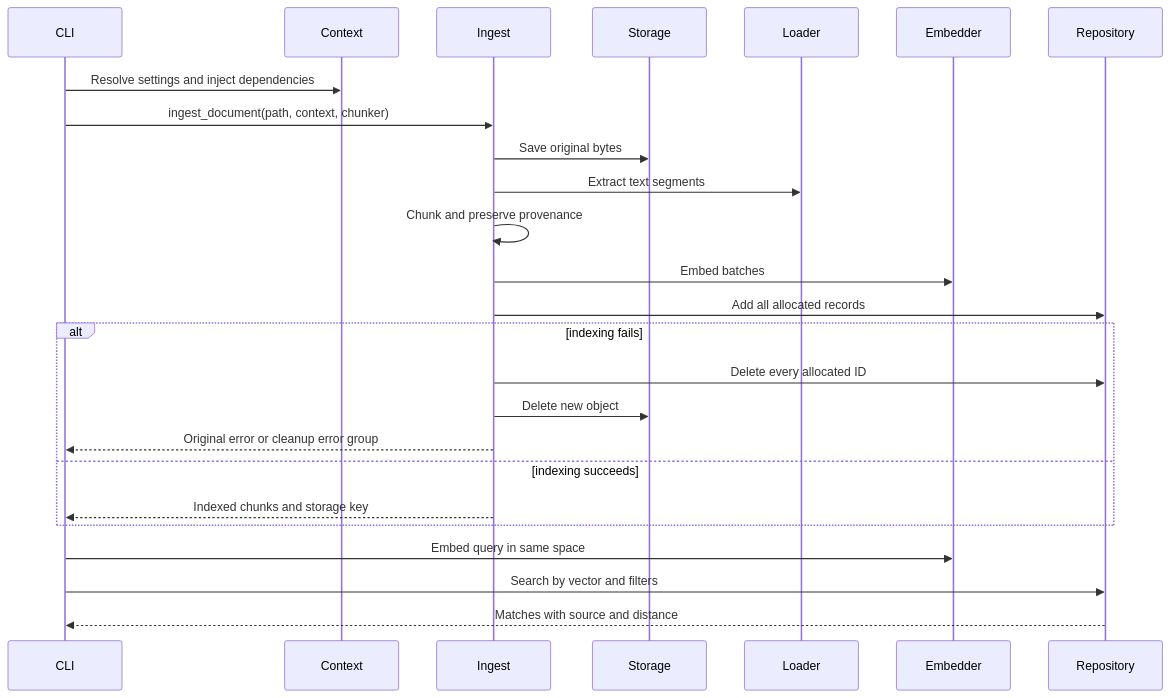
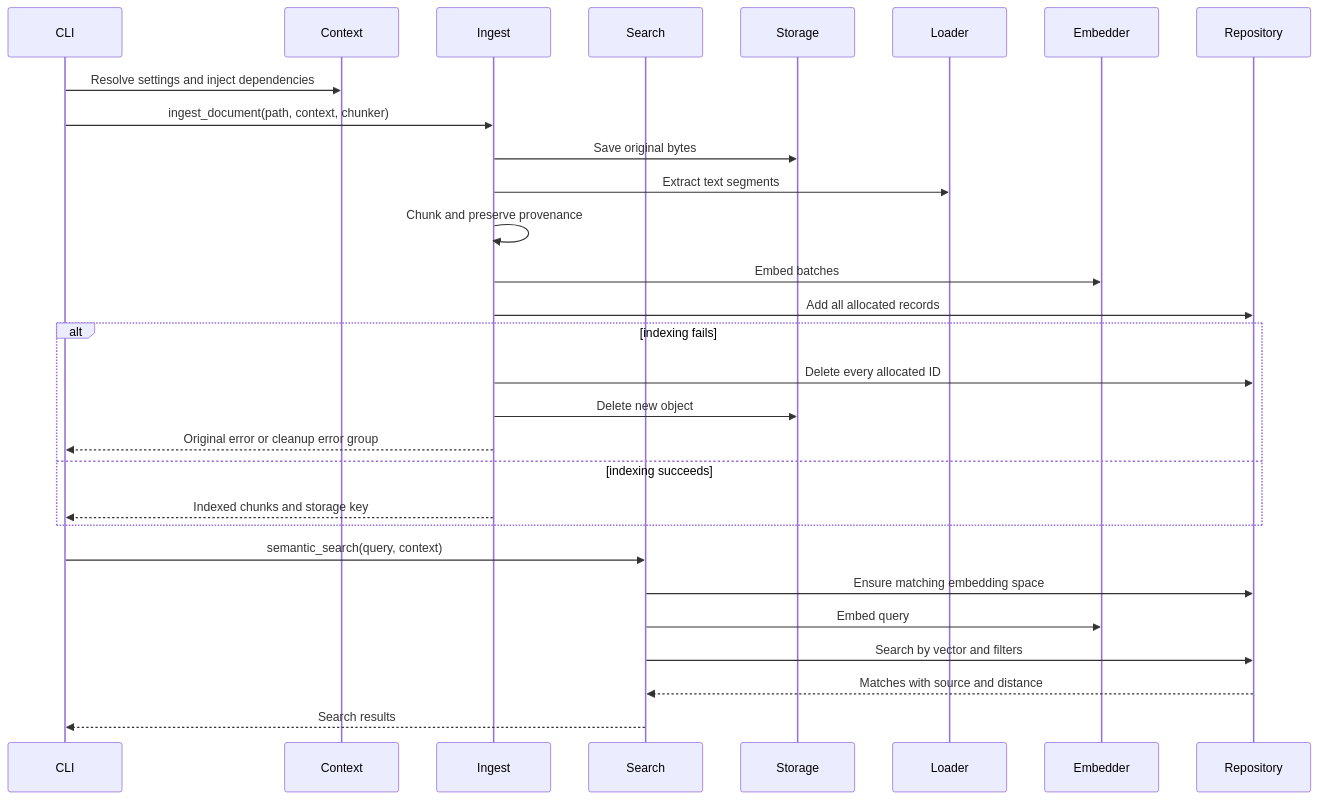
One commit to ralampay/rypiq changed the second of 2 diagrams in workshop/modules/05-database-and-integration/ModuleDiscussion.md. Above: the diagram before and after it, drawn with Mermaid. The commit also changed other lines of this file and 15 other files, not shown here.

Commit message:
added diagrams

````diff
--- a/workshop/modules/05-database-and-integration/ModuleDiscussion.md
+++ b/workshop/modules/05-database-and-integration/ModuleDiscussion.md
@@ -48,27 +48,31 @@
 ```mermaid
 sequenceDiagram
     participant CLI
     participant Context
     participant Ingest
+    participant Search
     participant Storage
     participant Loader
     participant Embedder
     participant Repository
     CLI->>Context: Resolve settings and inject dependencies
     CLI->>Ingest: ingest_document(path, context, chunker)
     Ingest->>Storage: Save original bytes
     Ingest->>Loader: Extract text segments
     Ingest->>Ingest: Chunk and preserve provenance
     Ingest->>Embedder: Embed batches
     Ingest->>Repository: Add all allocated records
     alt indexing fails
         Ingest->>Repository: Delete every allocated ID
         Ingest->>Storage: Delete new object
         Ingest-->>CLI: Original error or cleanup error group
     else indexing succeeds
         Ingest-->>CLI: Indexed chunks and storage key
     end
-    CLI->>Embedder: Embed query in same space
-    CLI->>Repository: Search by vector and filters
-    Repository-->>CLI: Matches with source and distance
+    CLI->>Search: semantic_search(query, context)
+    Search->>Repository: Ensure matching embedding space
+    Search->>Embedder: Embed query
+    Search->>Repository: Search by vector and filters
+    Repository-->>Search: Matches with source and distance
+    Search-->>CLI: Search results
 ```
````
